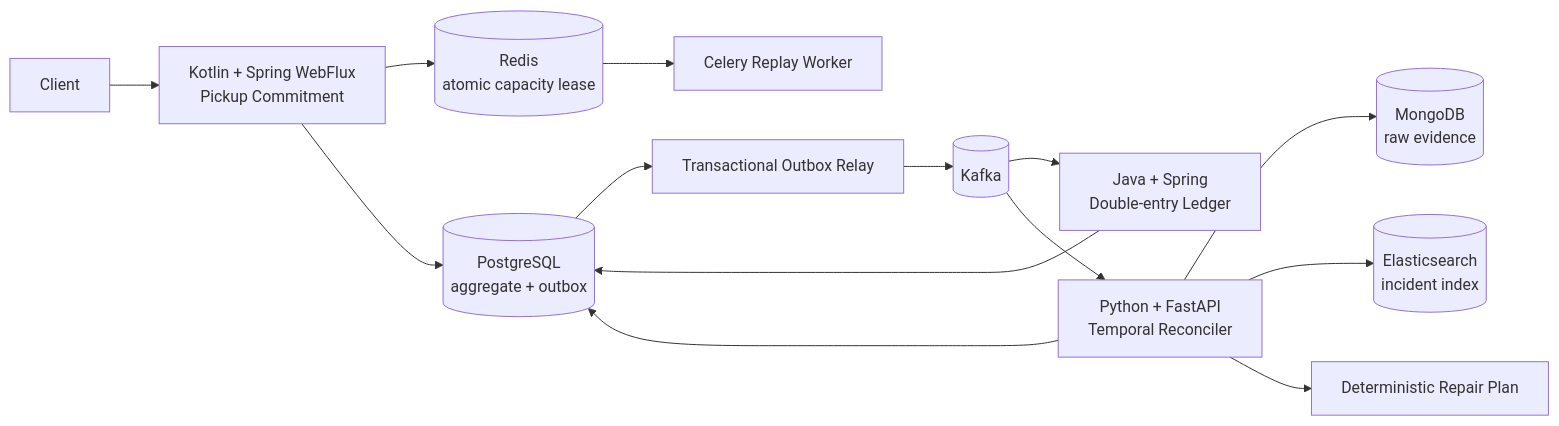
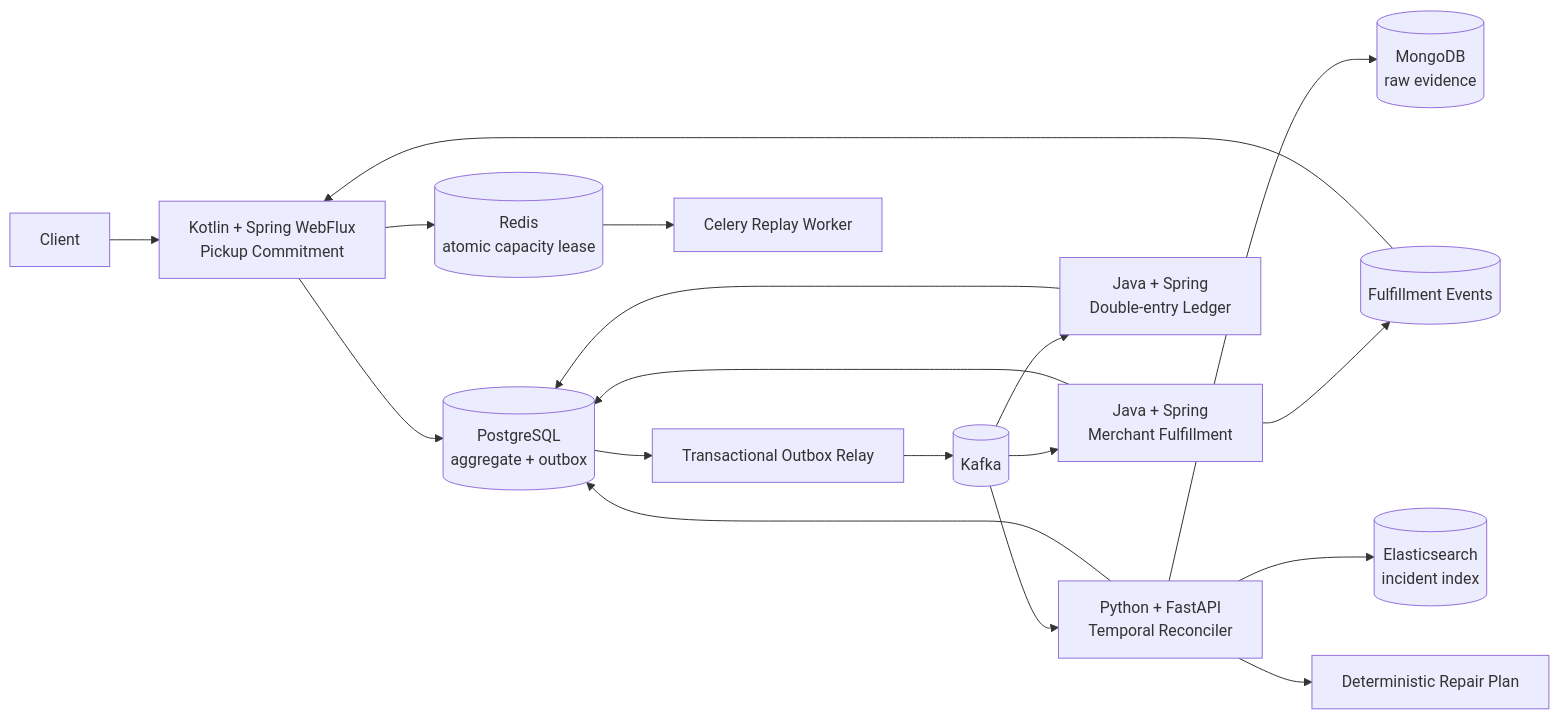
One commit to sokldjs554/pickup-pact changed the diagram in README.md. Above: the diagram before and after it, drawn with Mermaid. The commit also changed other lines of this file and 46 other files, not shown here.

First line of the commit message:
feat: add merchant fulfillment reliability

````diff
--- a/README.md
+++ b/README.md
@@ -86,19 +91,24 @@
 ```mermaid
 flowchart LR
     Client --> Commitment[Kotlin + Spring WebFlux<br/>Pickup Commitment]
     Commitment --> Redis[(Redis<br/>atomic capacity lease)]
     Commitment --> PG[(PostgreSQL<br/>aggregate + outbox)]
     PG --> Relay[Transactional Outbox Relay]
     Relay --> Kafka[(Kafka)]
+
+    Kafka --> Merchant[Java + Spring<br/>Merchant Fulfillment]
+    Merchant --> PG
+    Merchant --> FulfillmentKafka[(Fulfillment Events)]
+    FulfillmentKafka --> Commitment
 
     Kafka --> Ledger[Java + Spring<br/>Double-entry Ledger]
     Ledger --> PG
 
     Kafka --> Reconciler[Python + FastAPI<br/>Temporal Reconciler]
     Reconciler --> Mongo[(MongoDB<br/>raw evidence)]
     Reconciler --> Elastic[(Elasticsearch<br/>incident index)]
     Reconciler --> PG
     Redis --> Celery[Celery Replay Worker]
 
     Reconciler --> Repair[Deterministic Repair Plan]
 ```
````
